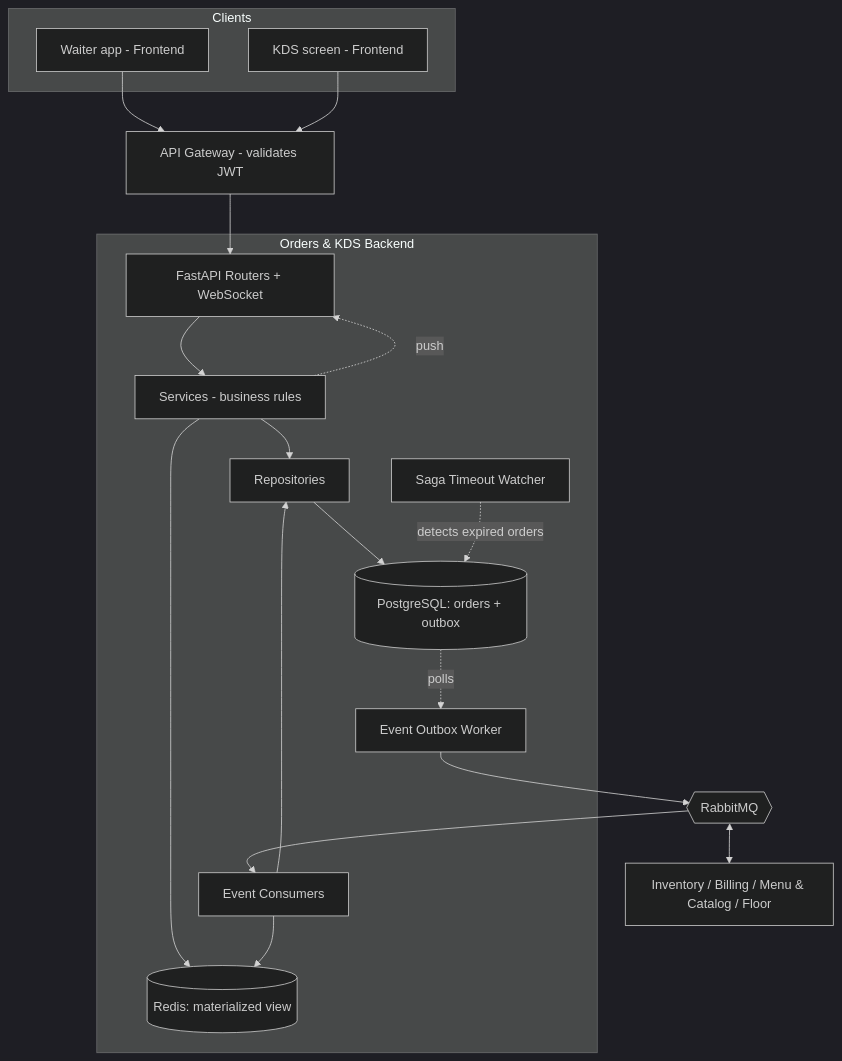
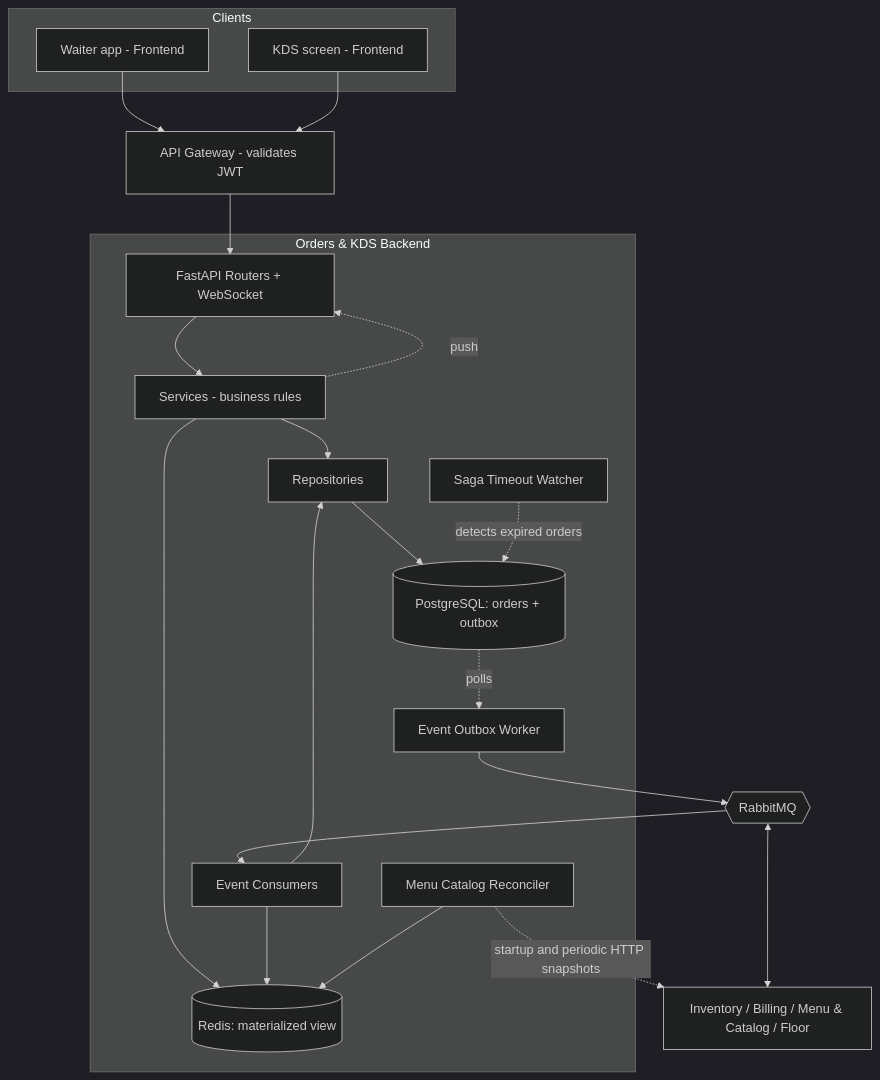
Before and after one commit to FMAT-Restaurant/OrdersKDS-Backend: the first of 4 diagrams in README.md, drawn with Mermaid (dark theme). The commit also changed 12 other files, not shown here.

````diff
--- a/README.md
+++ b/README.md
@@ -92,35 +92,38 @@
 ```mermaid
 flowchart TB
     subgraph Clients
         W[Waiter app - Frontend]
         K[KDS screen - Frontend]
     end
 
     GW[API Gateway - validates JWT]
 
     subgraph OrdersKDS["Orders & KDS Backend"]
         API[FastAPI Routers + WebSocket]
         SVC[Services - business rules]
         REPO[Repositories]
         DB[(PostgreSQL: orders + outbox)]
         CACHE[(Redis: materialized view)]
         WORKER[Event Outbox Worker]
         CONS[Event Consumers]
+        CATALOG[Menu Catalog Reconciler]
         WATCH[Saga Timeout Watcher]
     end
 
     BROKER{{RabbitMQ}}
     OTHERS[Inventory / Billing / Menu & Catalog / Floor]
 
     W --> GW
     K --> GW
     GW --> API
     API --> SVC --> REPO --> DB
     SVC --> CACHE
     DB -.polls.-> WORKER --> BROKER
     BROKER --> CONS --> REPO
     CONS --> CACHE
+    CATALOG -.startup and periodic HTTP snapshots.-> OTHERS
+    CATALOG --> CACHE
     WATCH -.detects expired orders.-> DB
     BROKER <--> OTHERS
     SVC -.push.-> API
 ```
````
